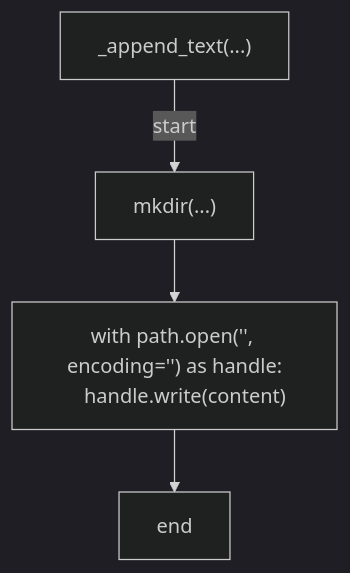
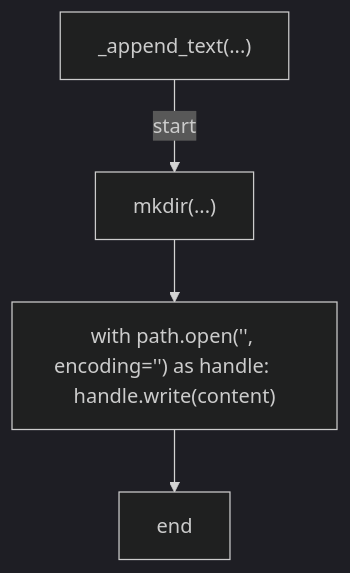
One commit to tvna/claude-md changed diagram 24 of 30 in docs/generated/scripts/ast/security_drift_report.md. Above: the diagram before and after it, drawn with Mermaid (dark theme). The commit also changed other lines of this file and 23 other files, not shown here.

First line of the commit message:
docs(generated): regenerate decision tree and workflow diagrams (batch 4/5)

````diff
--- a/docs/generated/scripts/ast/security_drift_report.md
+++ b/docs/generated/scripts/ast/security_drift_report.md
@@ -358,11 +346,10 @@
 ```mermaid
 flowchart TD
     N001["_append_text(...)"]
     N002["mkdir(...)"]
-    N003["with path.open('<str>', encoding='<str>') as handle:
-    handle.write(content)"]
+    N003["with path.open('<str>', encoding='<str>') as handle:     handle.write(content)"]
     N004["end"]
     N001 -->|"start"| N002
     N002 --> N003
     N003 --> N004
 ```
````
